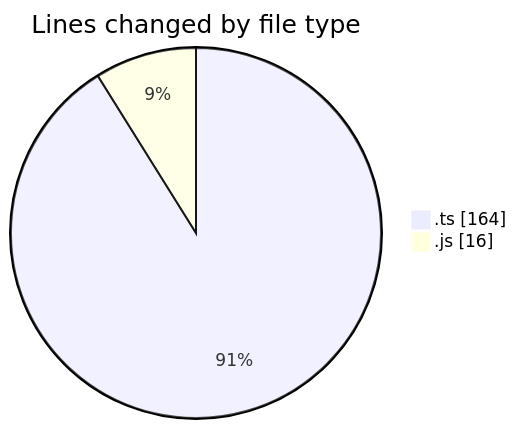
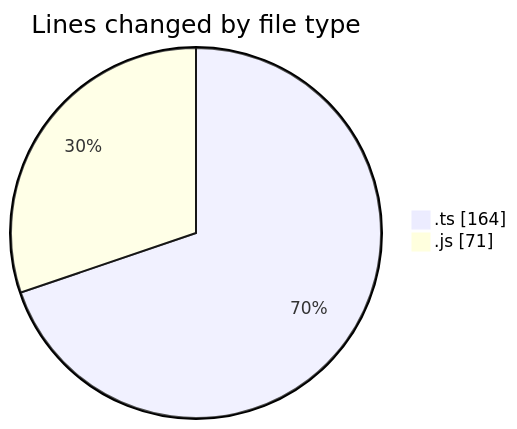
One commit to momahboobian/code-tracking changed the first of 2 diagrams in 2025-03-12/cda/README.md. Above: the diagram before and after it, drawn with Mermaid. The commit also changed other lines of this file and 1 other file, not shown here.

````diff
--- a/2025-03-12/cda/README.md
+++ b/2025-03-12/cda/README.md
@@ -23,6 +23,6 @@
 ```mermaid
 pie showData
 title Lines changed by file type
 ".ts" : 164
-".js" : 16
+".js" : 71
 ```
````
